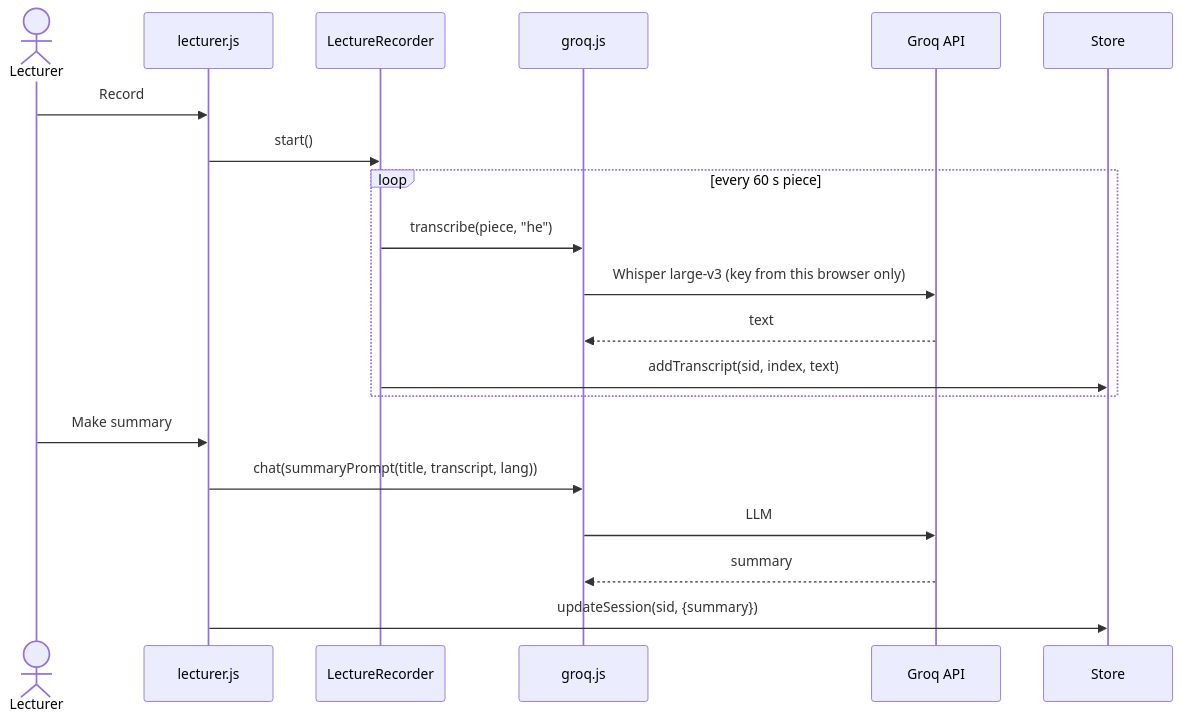
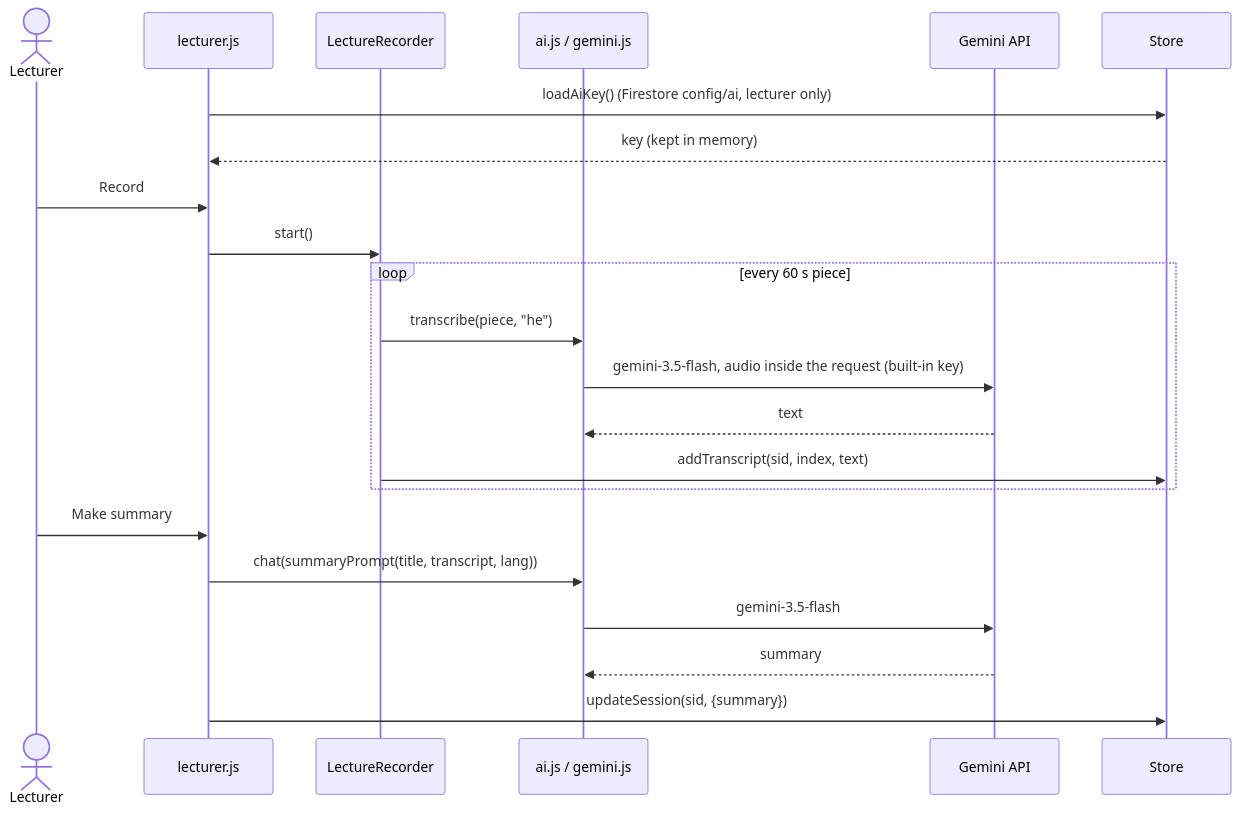
One commit to minion-dog/I2CS_Ex2-smart-class-demo changed the seventh of 9 diagrams in docs/07_SEQUENCE_DIAGRAMS.md. Above: the diagram before and after it, drawn with Mermaid. The commit also changed other lines of this file and 38 other files, not shown here.

First line of the commit message:
AI: Gemini only, built-in private key, no key field

````diff
--- a/docs/07_SEQUENCE_DIAGRAMS.md
+++ b/docs/07_SEQUENCE_DIAGRAMS.md
@@ -152,22 +152,24 @@
 ```mermaid
 sequenceDiagram
     actor L as Lecturer
     participant P as lecturer.js
     participant R as LectureRecorder
-    participant G as groq.js
-    participant Groq as Groq API
+    participant G as ai.js / gemini.js
+    participant GM as Gemini API
     participant S as Store
+    P->>S: loadAiKey() (Firestore config/ai, lecturer only)
+    S-->>P: key (kept in memory)
     L->>P: Record
     P->>R: start()
     loop every 60 s piece
         R->>G: transcribe(piece, "he")
-        G->>Groq: Whisper large-v3 (key from this browser only)
-        Groq-->>G: text
+        G->>GM: gemini-3.5-flash, audio inside the request (built-in key)
+        GM-->>G: text
         R->>S: addTranscript(sid, index, text)
     end
     L->>P: Make summary
     P->>G: chat(summaryPrompt(title, transcript, lang))
-    G->>Groq: LLM
-    Groq-->>G: summary
+    G->>GM: gemini-3.5-flash
+    GM-->>G: summary
     P->>S: updateSession(sid, {summary})
 ```
````
